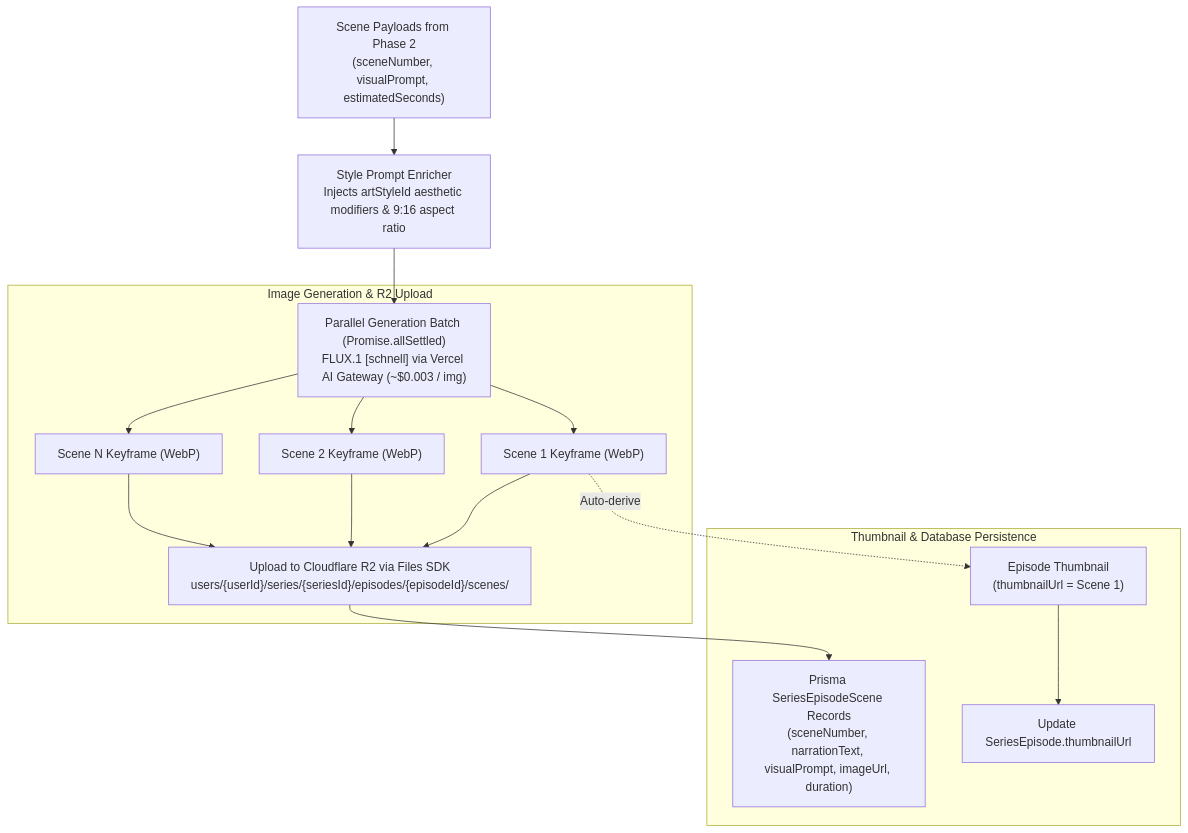
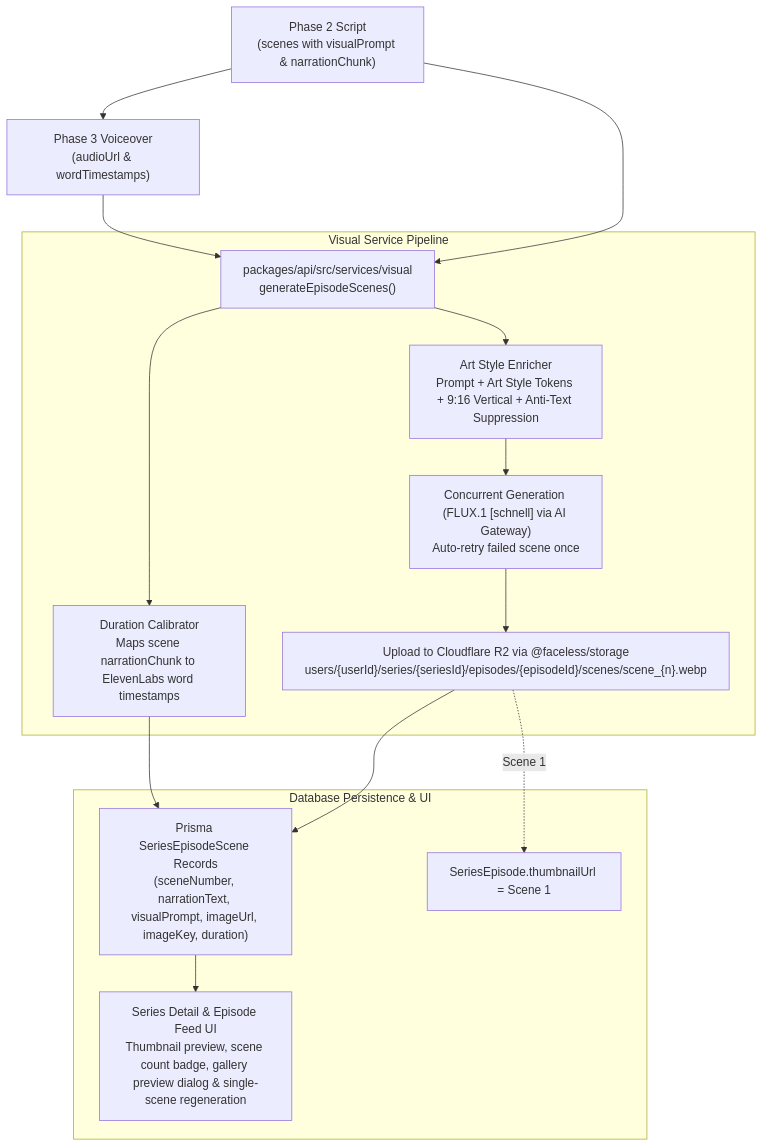
The diagram in plan/phase-4-visual-assets-generation.md (dzulhelmynazri/faceless), drawn with Mermaid before and after one commit. The commit also changed other lines of this file and 15 other files, not shown here.

First line of the commit message:
feat(visual): implement Phase 4 visual generation pipeline, scene duration calibration, and gallery dialog

````diff
--- a/plan/phase-4-visual-assets-generation.md
+++ b/plan/phase-4-visual-assets-generation.md
@@ -11,22 +11,20 @@
 ```mermaid
 flowchart TD
-    Scenes["Scene Payloads from Phase 2<br/>(sceneNumber, visualPrompt, estimatedSeconds)"] --> StyleEnricher["Style Prompt Enricher<br/>Injects artStyleId aesthetic modifiers & 9:16 aspect ratio"]
+    Script["Phase 2 Script<br/>(scenes with visualPrompt & narrationChunk)"] --> Audio["Phase 3 Voiceover<br/>(audioUrl & wordTimestamps)"]
 
-    StyleEnricher --> ParallelGen["Parallel Generation Batch (Promise.allSettled)<br/>FLUX.1 [schnell] via Vercel AI Gateway (~$0.003 / img)"]
+    Script & Audio --> VisualService["packages/api/src/services/visual<br/>generateEpisodeScenes()"]
 
-    subgraph "Image Generation & R2 Upload"
-        ParallelGen --> Img1["Scene 1 Keyframe (WebP)"]
-        ParallelGen --> Img2["Scene 2 Keyframe (WebP)"]
-        ParallelGen --> ImgN["Scene N Keyframe (WebP)"]
+    subgraph "Visual Service Pipeline"
+        VisualService --> Enricher["Art Style Enricher<br/>Prompt + Art Style Tokens + 9:16 Vertical + Anti-Text Suppression"]
+        VisualService --> Calibrator["Duration Calibrator<br/>Maps scene narrationChunk to ElevenLabs word timestamps"]
 
-        Img1 --> R2Upload["Upload to Cloudflare R2 via Files SDK<br/>users/{userId}/series/{seriesId}/episodes/{episodeId}/scenes/"]
-        Img2 --> R2Upload
-        ImgN --> R2Upload
+        Enricher --> ParallelGen["Concurrent Generation (FLUX.1 [schnell] via AI Gateway)<br/>Auto-retry failed scene once"]
+        ParallelGen --> R2Upload["Upload to Cloudflare R2 via @faceless/storage<br/>users/{userId}/series/{seriesId}/episodes/{episodeId}/scenes/scene_{n}.webp"]
     end
 
-    subgraph "Thumbnail & Database Persistence"
-        Img1 -.->|"Auto-derive"| Thumbnail["Episode Thumbnail<br/>(thumbnailUrl = Scene 1)"]
-        R2Upload --> DBScenes["Prisma SeriesEpisodeScene Records<br/>(sceneNumber, narrationText, visualPrompt, imageUrl, duration)"]
-        Thumbnail --> DBEpisode["Update SeriesEpisode.thumbnailUrl"]
+    subgraph "Database Persistence & UI"
+        R2Upload & Calibrator --> DBScenes["Prisma SeriesEpisodeScene Records<br/>(sceneNumber, narrationText, visualPrompt, imageUrl, imageKey, duration)"]
+        R2Upload -.->|"Scene 1"| Thumbnail["SeriesEpisode.thumbnailUrl = Scene 1"]
+        DBScenes --> UI["Series Detail & Episode Feed UI<br/>Thumbnail preview, scene count badge, gallery preview dialog & single-scene regeneration"]
     end
 ```
````
